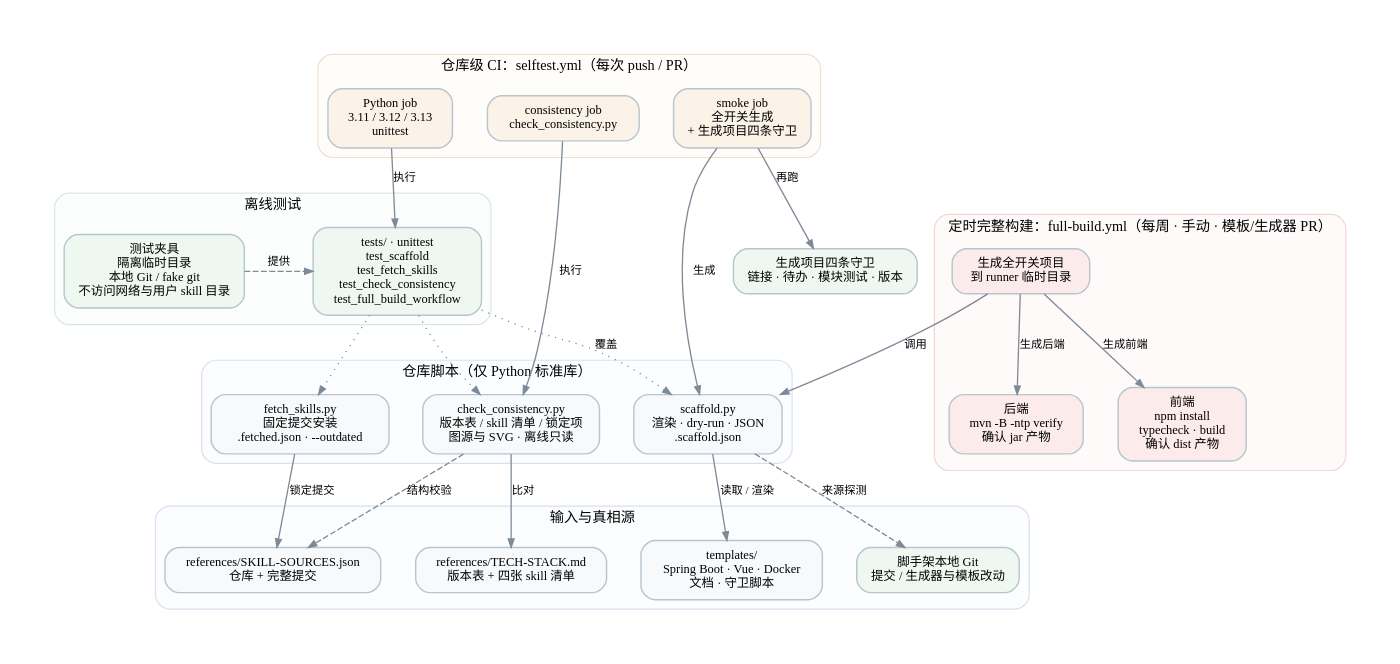
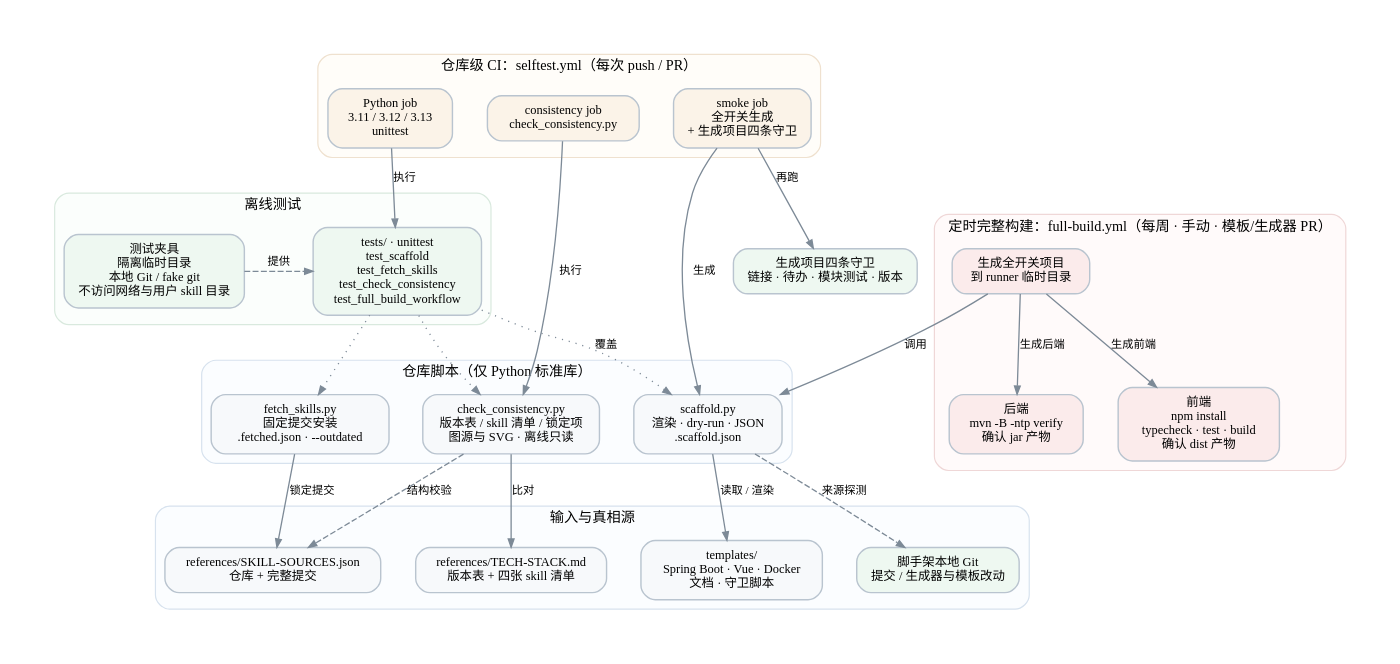
The diagram in references/architecture-selftest.dot (hhh666hhh666/project-scaffold), drawn with Graphviz before and after one commit. The commit also changed 14 other files, not shown here.

First line of the commit message:
docs(frontend): 同步单测接入后的版本表、文档与架构图

```diff
--- a/references/architecture-selftest.dot
+++ b/references/architecture-selftest.dot
@@ -1,111 +1,111 @@
 digraph selftest {
   graph [
     rankdir=TB,
     fontname="Microsoft YaHei",
     fontsize=13,
     bgcolor="#ffffff",
     pad=0.42,
     nodesep=0.4,
     ranksep=0.55,
     splines=spline
   ];
   node [
     shape=box,
     style="rounded,filled",
     fontname="Microsoft YaHei",
     fontsize=10.5,
     color="#b9c4cf",
     fillcolor="#f7f9fb",
     penwidth=1.2,
     margin="0.15,0.10"
   ];
   edge [
     color="#7d8a97",
     fontname="Microsoft YaHei",
     fontsize=9.5,
     arrowsize=0.7,
     penwidth=1.1
   ];
 
   subgraph cluster_ci {
     label="仓库级 CI：selftest.yml（每次 push / PR）";
     fontsize=12;
     color="#efe1cf";
     style="rounded,filled";
     fillcolor="#fffdf9";
     pyjob [label="Python job\n3.11 / 3.12 / 3.13\nunittest", fillcolor="#fbf3e8"];
     consjob [label="consistency job\ncheck_consistency.py", fillcolor="#fbf3e8"];
     smokejob [label="smoke job\n全开关生成\n+ 生成项目四条守卫", fillcolor="#fbf3e8"];
     { rank=same; pyjob; consjob; smokejob; }
   }
 
   subgraph cluster_full {
     label="定时完整构建：full-build.yml（每周 · 手动 · 模板/生成器 PR）";
     fontsize=12;
     color="#efd7d7";
     style="rounded,filled";
     fillcolor="#fffafa";
     fullgen [label="生成全开关项目\n到 runner 临时目录", fillcolor="#fbebeb"];
     fullback [label="后端\nmvn -B -ntp verify\n确认 jar 产物", fillcolor="#fbebeb"];
-    fullfront [label="前端\nnpm install\ntypecheck · build\n确认 dist 产物", fillcolor="#fbebeb"];
+    fullfront [label="前端\nnpm install\ntypecheck · test · build\n确认 dist 产物", fillcolor="#fbebeb"];
     { rank=same; fullback; fullfront; }
   }
 
   subgraph cluster_tests {
     label="离线测试";
     fontsize=12;
     color="#d9e9de";
     style="rounded,filled";
     fillcolor="#fbfefc";
     fixtures [label="测试夹具\n隔离临时目录\n本地 Git / fake git\n不访问网络与用户 skill 目录", fillcolor="#eef8f1"];
     unit [label="tests/ · unittest\ntest_scaffold\ntest_fetch_skills\ntest_check_consistency\ntest_full_build_workflow", fillcolor="#eef8f1"];
     { rank=same; fixtures; unit; }
   }
 
   subgraph cluster_scripts {
     label="仓库脚本（仅 Python 标准库）";
     fontsize=12;
     color="#d7e2ee";
     style="rounded,filled";
     fillcolor="#fbfdff";
     scaffold [label="scaffold.py\n渲染 · dry-run · JSON\n.scaffold.json"];
     fetch [label="fetch_skills.py\n固定提交安装\n.fetched.json · --outdated"];
     check [label="check_consistency.py\n版本表 / skill 清单 / 锁定项\n图源与 SVG · 离线只读"];
     { rank=same; scaffold; fetch; check; }
   }
 
   subgraph cluster_inputs {
     label="输入与真相源";
     fontsize=12;
     color="#d7e2ee";
     style="rounded,filled";
     fillcolor="#fbfdff";
     templates [label="templates/\nSpring Boot · Vue · Docker\n文档 · 守卫脚本"];
     versions [label="references/TECH-STACK.md\n版本表 + 四张 skill 清单"];
     sources [label="references/SKILL-SOURCES.json\n仓库 + 完整提交"];
     localgit [label="脚手架本地 Git\n提交 / 生成器与模板改动", fillcolor="#eef8f1"];
     { rank=same; templates; versions; sources; localgit; }
   }
 
   guards [label="生成项目四条守卫\n链接 · 待办 · 模块测试 · 版本", fillcolor="#eef8f1"];
 
   pyjob -> unit [label="执行"];
   consjob -> check [label="执行"];
   smokejob -> scaffold [label="生成"];
   smokejob -> guards [label="再跑"];
 
   fullgen -> fullback [label="生成后端"];
   fullgen -> fullfront [label="生成前端"];
   fullgen -> scaffold [label="调用"];
 
   fixtures -> unit [style=dashed, label="提供"];
   unit -> scaffold [style=dotted, label="覆盖"];
   unit -> fetch [style=dotted];
   unit -> check [style=dotted];
 
   scaffold -> templates [label="读取 / 渲染"];
   scaffold -> localgit [style=dashed, label="来源探测"];
   fetch -> sources [label="锁定提交"];
   check -> versions [label="比对"];
   check -> sources [style=dashed, label="结构校验"];
 }
```
